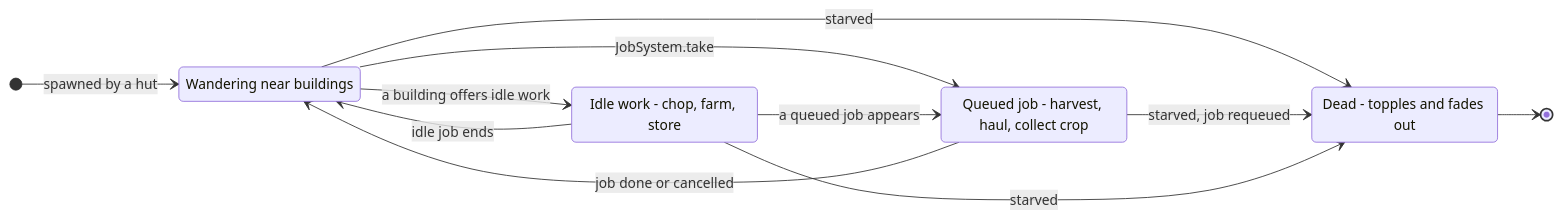
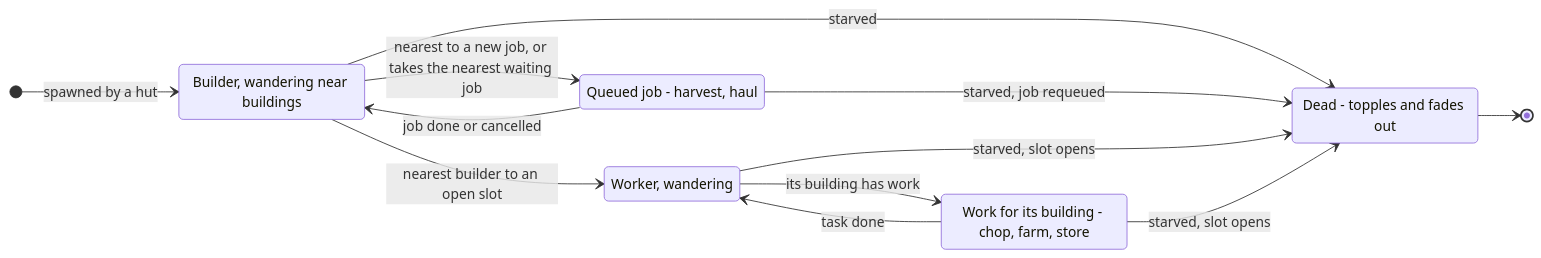
The sixth of 11 diagrams in docs/architecture.md (Liam-M-Mays/game-jam-2026), drawn with Mermaid before and after one commit. The commit also changed other lines of this file and 162 other files, not shown here.

````diff
--- a/docs/architecture.md
+++ b/docs/architecture.md
@@ -216,19 +253,21 @@
 ```mermaid
 stateDiagram-v2
     direction LR
-    Wandering: Wandering near buildings
-    QueuedJob: Queued job - harvest, haul, collect crop
-    IdleWork: Idle work - chop, farm, store
+    Wandering: Builder, wandering near buildings
+    QueuedJob: Queued job - harvest, haul
+    WorkerWandering: Worker, wandering
+    Work: Work for its building - chop, farm, store
     Dead: Dead - topples and fades out
 
     [*] --> Wandering: spawned by a hut
-    Wandering --> QueuedJob: JobSystem.take
-    Wandering --> IdleWork: a building offers idle work
-    IdleWork --> QueuedJob: a queued job appears
-    IdleWork --> Wandering: idle job ends
+    Wandering --> QueuedJob: nearest to a new job, or takes the nearest waiting job
     QueuedJob --> Wandering: job done or cancelled
+    Wandering --> WorkerWandering: nearest builder to an open slot
+    WorkerWandering --> Work: its building has work
+    Work --> WorkerWandering: task done
     Wandering --> Dead: starved
     QueuedJob --> Dead: starved, job requeued
-    IdleWork --> Dead: starved
+    WorkerWandering --> Dead: starved, slot opens
+    Work --> Dead: starved, slot opens
     Dead --> [*]
 ```
````
